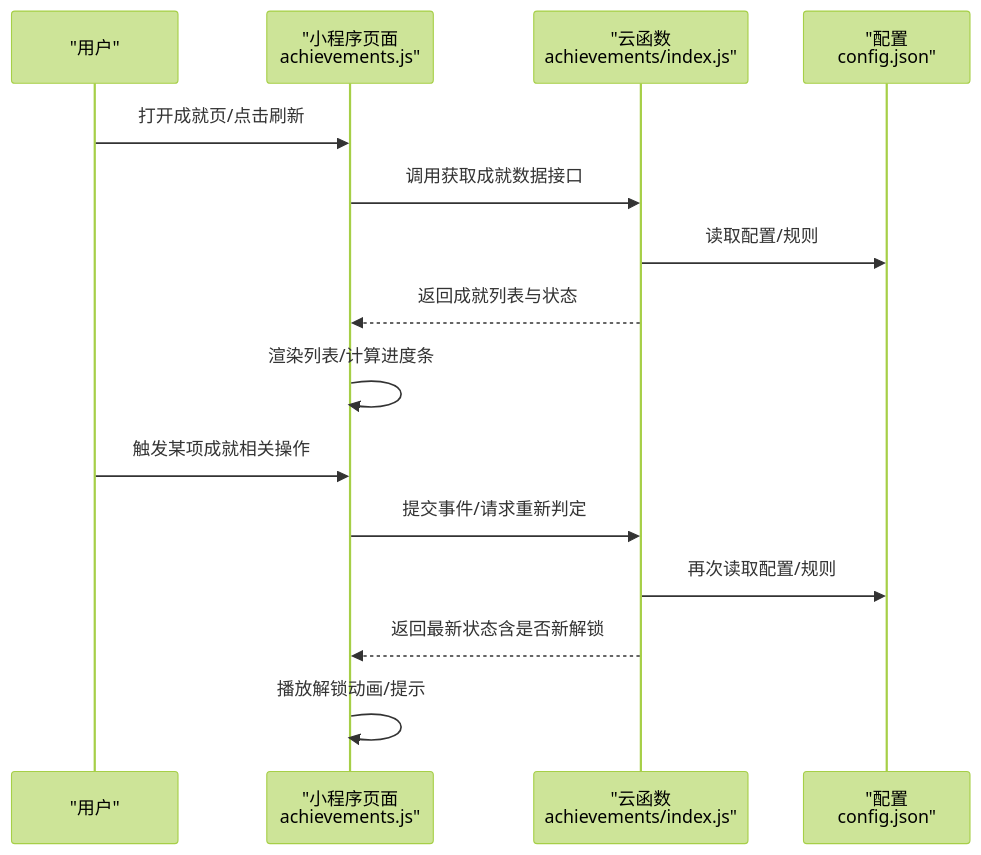
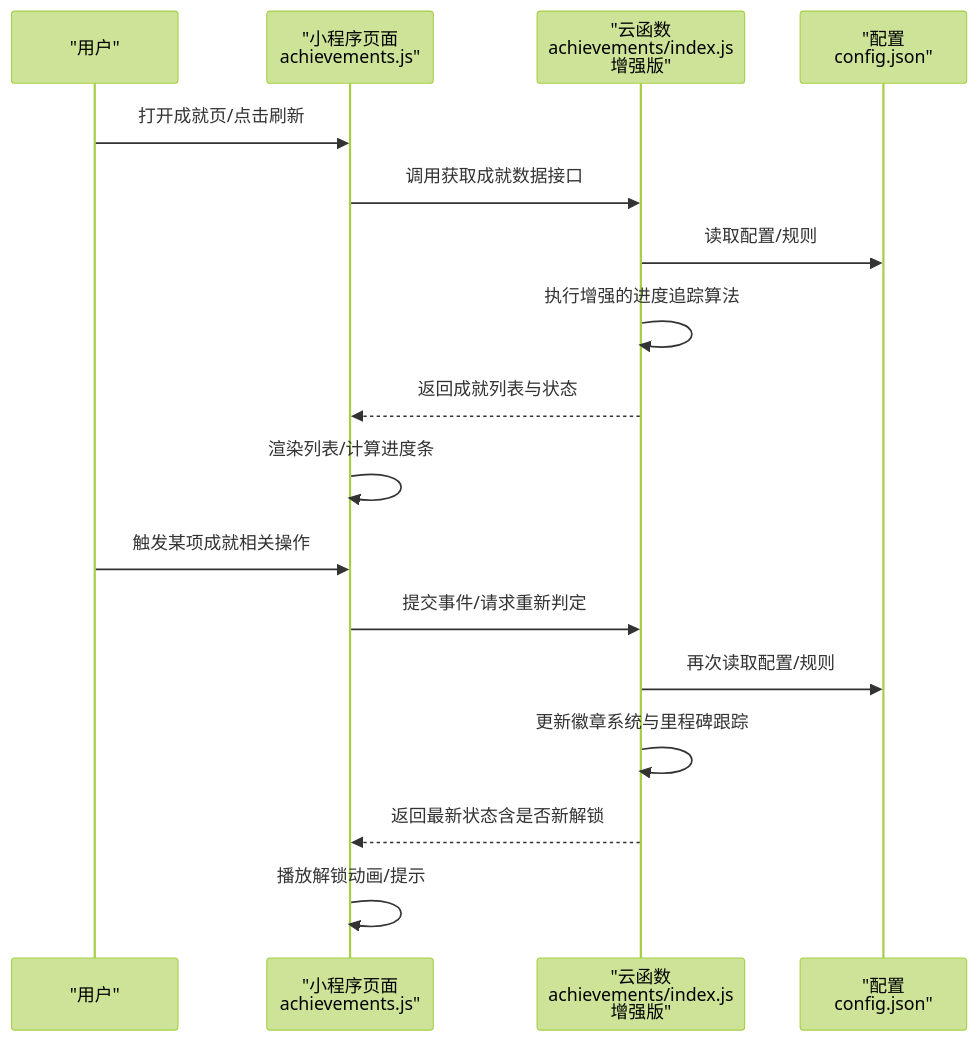
One commit to cwb7756/bio changed the second of 5 diagrams in .qoder/repowiki/zh/content/核心功能模块/成就系统.md. Above: the diagram before and after it, drawn with Mermaid (forest theme). The commit also changed other lines of this file and 46 other files, not shown here.

````diff
--- a/.qoder/repowiki/zh/content/核心功能模块/成就系统.md
+++ b/.qoder/repowiki/zh/content/核心功能模块/成就系统.md
@@ -88,17 +98,19 @@
 ```mermaid
 sequenceDiagram
 participant U as "用户"
 participant P as "小程序页面<br/>achievements.js"
-participant CF as "云函数<br/>achievements/index.js"
+participant CF as "云函数<br/>achievements/index.js<br/>增强版"
 participant CFG as "配置<br/>config.json"
 U->>P : 打开成就页/点击刷新
 P->>CF : 调用获取成就数据接口
 CF->>CFG : 读取配置/规则
+CF->>CF : 执行增强的进度追踪算法
 CF-->>P : 返回成就列表与状态
 P->>P : 渲染列表/计算进度条
 U->>P : 触发某项成就相关操作
 P->>CF : 提交事件/请求重新判定
 CF->>CFG : 再次读取配置/规则
+CF->>CF : 更新徽章系统与里程碑跟踪
 CF-->>P : 返回最新状态含是否新解锁
 P->>P : 播放解锁动画/提示
 ```
````
